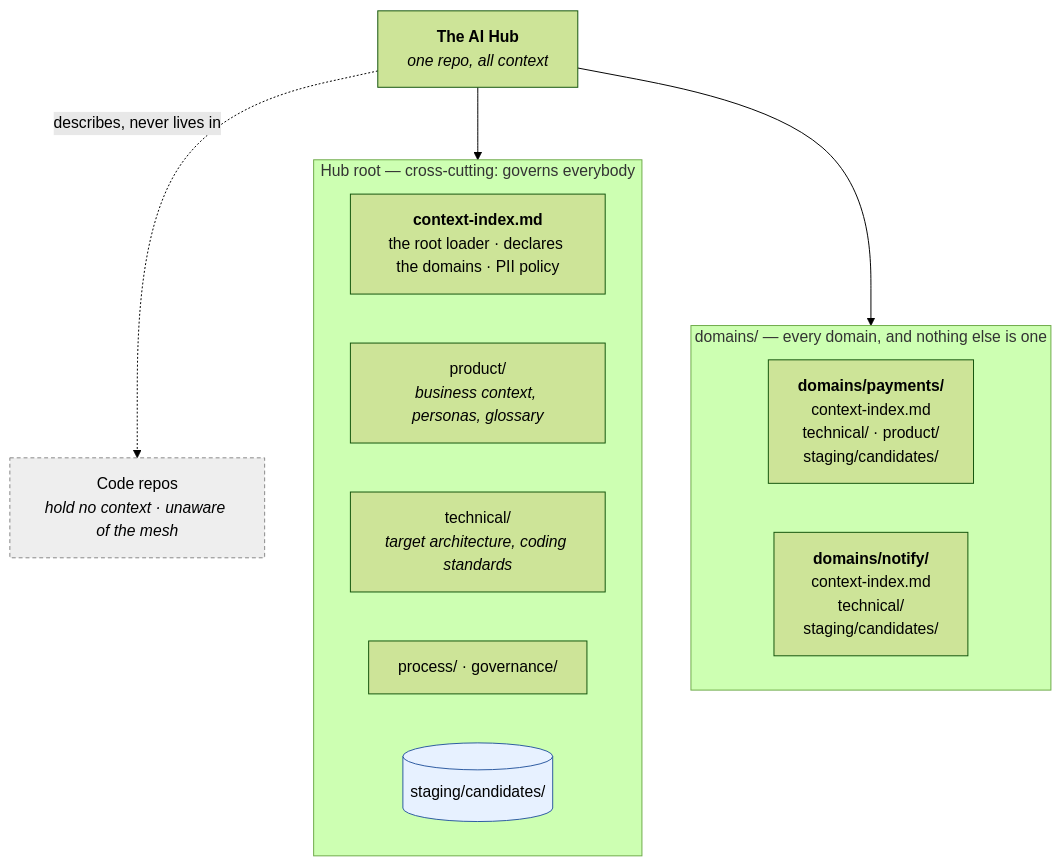
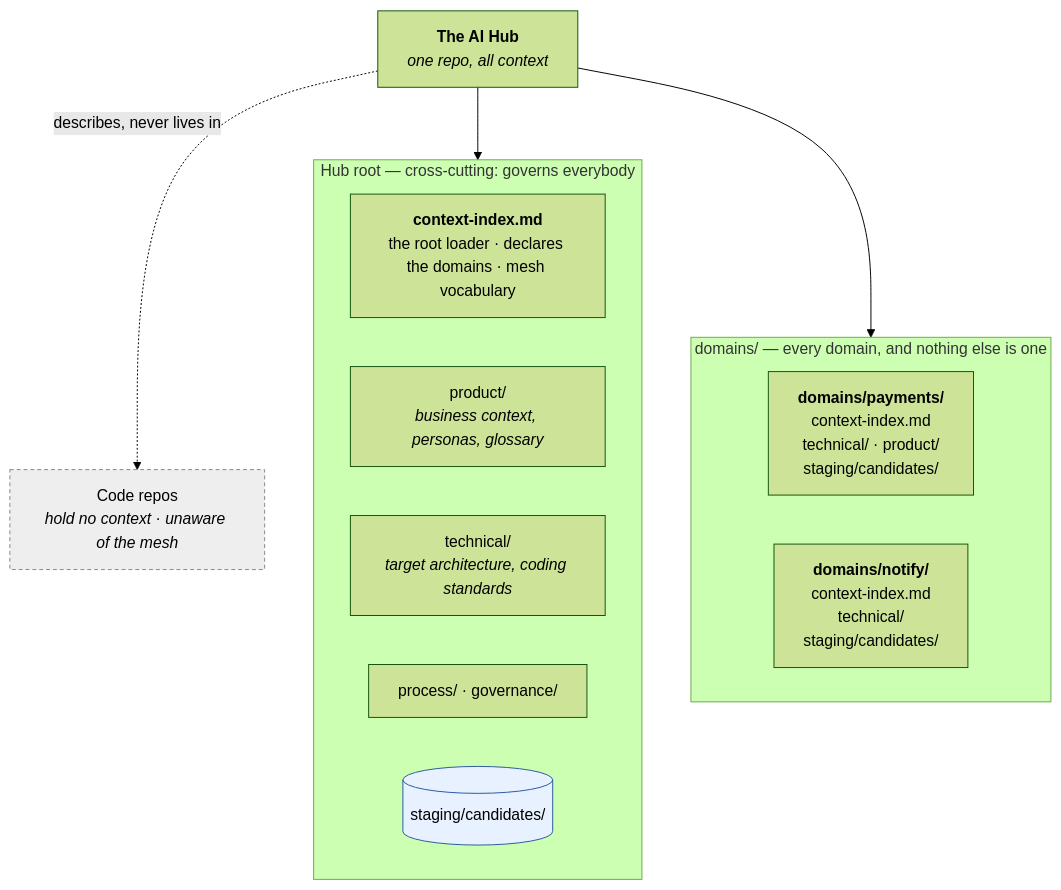
One commit to mitchell-ee/context-mesh-claude changed the second of 2 diagrams in docs/how-it-works.md. Above: the diagram before and after it, drawn with Mermaid (forest theme). The commit also changed other lines of this file and 13 other files, not shown here.

First line of the commit message:
ee-context-mesh 0.6.0

````diff
--- a/docs/how-it-works.md
+++ b/docs/how-it-works.md
@@ -106,29 +106,29 @@
 ```mermaid
 flowchart TD
     HUB["<b>The AI Hub</b><br/><i>one repo, all context</i>"]
 
     subgraph ROOT["Hub root — cross-cutting: governs everybody"]
-        RI["<b>context-index.md</b><br/>the root loader · declares the domains · PII policy"]
+        RI["<b>context-index.md</b><br/>the root loader · declares the domains · mesh vocabulary"]
         RP["product/<br/><i>business context, personas, glossary</i>"]
         RT["technical/<br/><i>target architecture, coding standards</i>"]
         RG["process/ · governance/"]
         RS[("staging/candidates/")]
     end
 
     subgraph DOMS["domains/ — every domain, and nothing else is one"]
         direction LR
         D1["<b>domains/payments/</b><br/>context-index.md<br/>technical/ · product/<br/>staging/candidates/"]
         D2["<b>domains/notify/</b><br/>context-index.md<br/>technical/<br/>staging/candidates/"]
     end
 
     HUB --> ROOT
     HUB --> DOMS
 
     CODE["Code repos<br/><i>hold no context · unaware of the mesh</i>"]
     HUB -.->|"describes, never lives in"| CODE
 
     classDef stage fill:#e7f1ff,stroke:#2c5aa0,color:#000
     classDef ext fill:#eee,stroke:#888,stroke-dasharray:4 3,color:#000
     class RS stage
     class CODE ext
 ```
````
